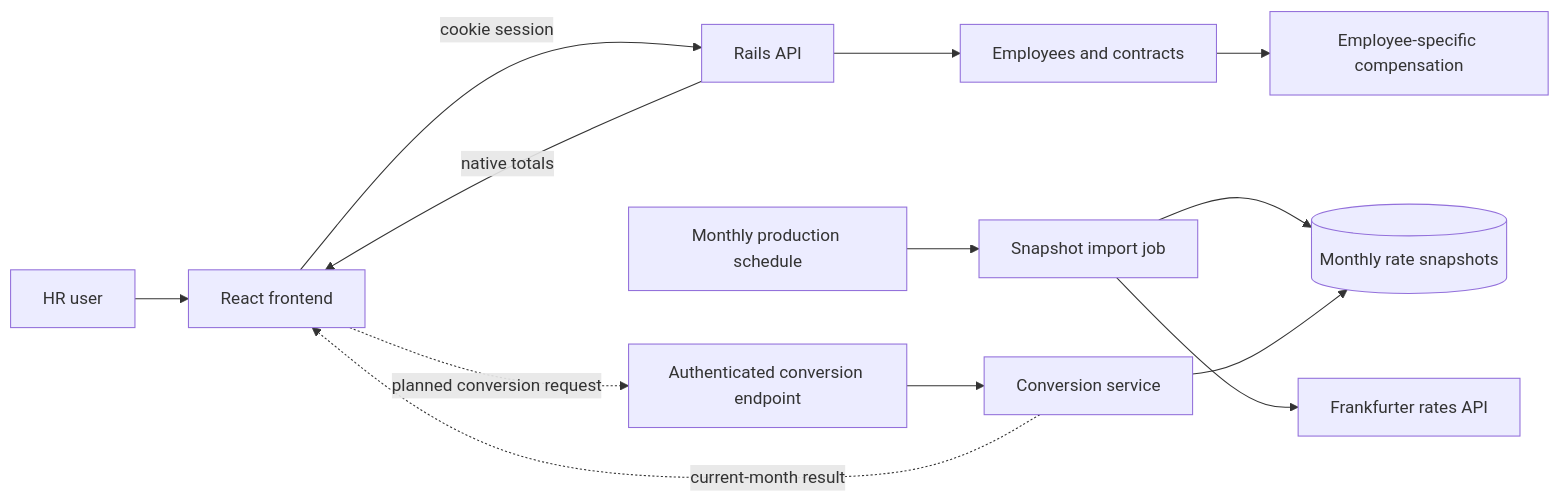
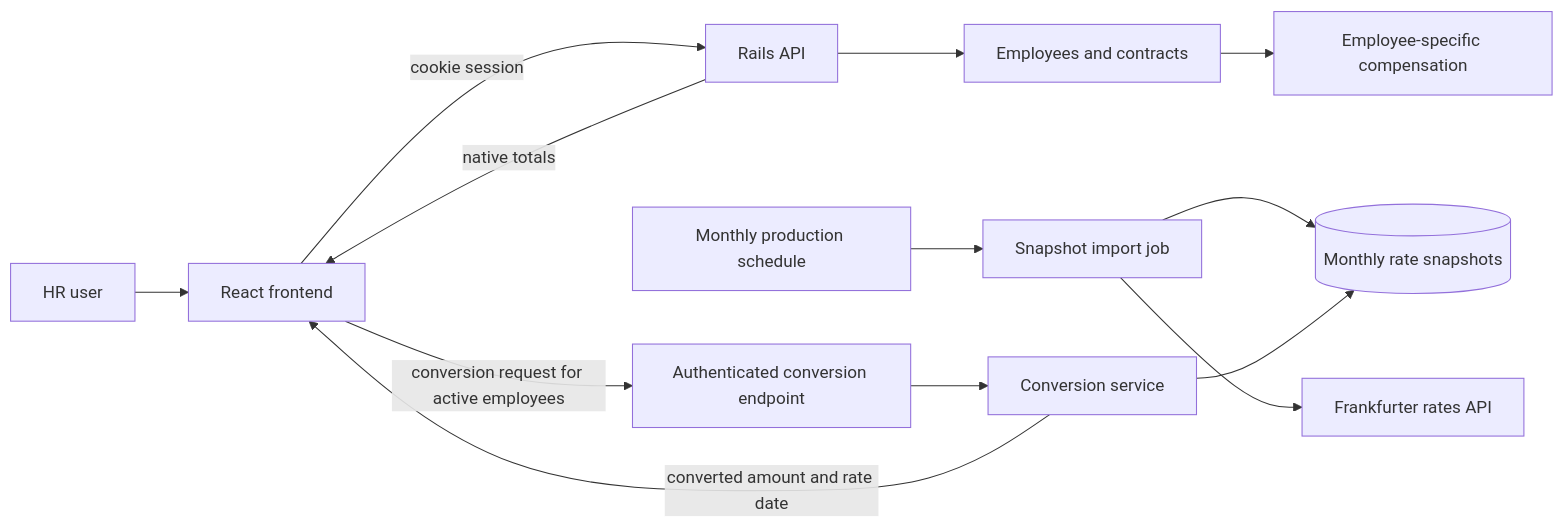
Before and after one commit to senbinil/salary-manager: the first of 3 diagrams in docs/WORKFLOW-AND-OVERVIEW.md, drawn with Mermaid. The commit also changed other lines of this file and 6 other files, not shown here.

````diff
--- a/docs/WORKFLOW-AND-OVERVIEW.md
+++ b/docs/WORKFLOW-AND-OVERVIEW.md
@@ -9,15 +9,15 @@
 ```mermaid
 flowchart LR
     User[HR user] --> UI[React frontend]
     UI -->|cookie session| API[Rails API]
     API --> EmployeeData[Employees and contracts]
     EmployeeData --> Comp[Employee-specific compensation]
     API -->|native totals| UI
     Scheduler[Monthly production schedule] --> Importer[Snapshot import job]
     Importer --> Provider[Frankfurter rates API]
     Importer --> Snapshots[(Monthly rate snapshots)]
-    UI -. planned conversion request .-> ConvertAPI[Authenticated conversion endpoint]
+    UI -->|conversion request for active employees| ConvertAPI[Authenticated conversion endpoint]
     ConvertAPI --> ConvertService[Conversion service]
     ConvertService --> Snapshots
-    ConvertService -. current-month result .-> UI
+    ConvertService -->|converted amount and rate date| UI
 ```
````
